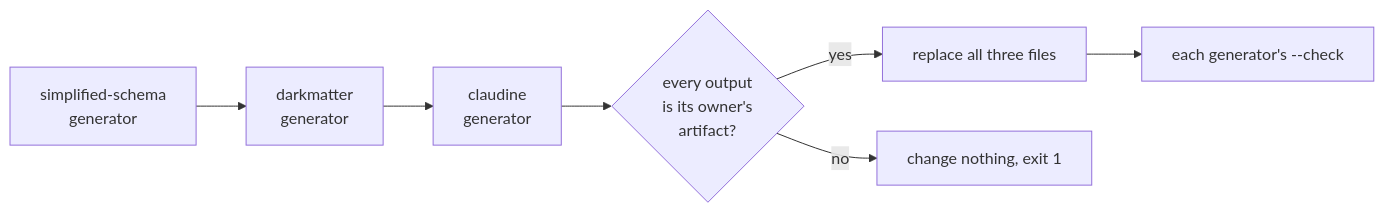
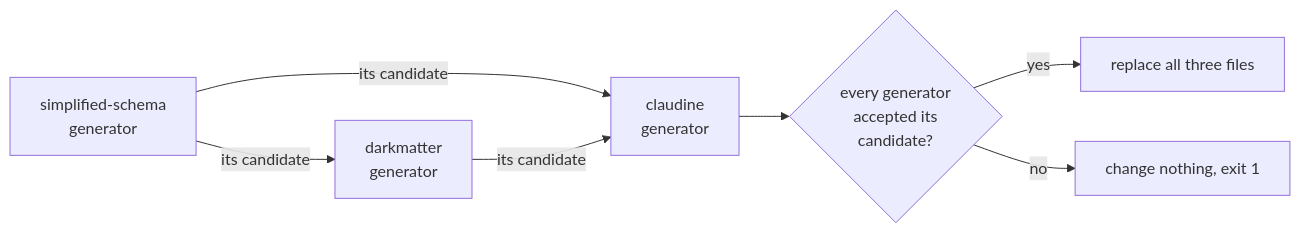
One commit to yankeeinlondon/rusty-biscuit changed the first of 4 diagrams in simplified-schema/docs/topics/shipped-artifacts.md. Above: the diagram before and after it, drawn with Mermaid. The commit also changed other lines of this file and 13 other files, not shown here.

First line of the commit message:
fix(darkmatter): validate shipped schema candidates before publishing

````diff
--- a/simplified-schema/docs/topics/shipped-artifacts.md
+++ b/simplified-schema/docs/topics/shipped-artifacts.md
@@ -72,8 +72,9 @@
 ```mermaid
 flowchart LR
-    G1[simplified-schema<br/>generator] --> G2[darkmatter<br/>generator] --> G3[claudine<br/>generator]
-    G3 --> V{every output<br/>is its owner's<br/>artifact?}
+    G1[simplified-schema<br/>generator] -->|its candidate| G2[darkmatter<br/>generator]
+    G1 -->|its candidate| G3[claudine<br/>generator]
+    G2 -->|its candidate| G3
+    G3 --> V{every generator<br/>accepted its<br/>candidate?}
     V -->|yes| W[replace all three files]
     V -->|no| K[change nothing, exit 1]
-    W --> C[each generator's --check]
 ```
````
